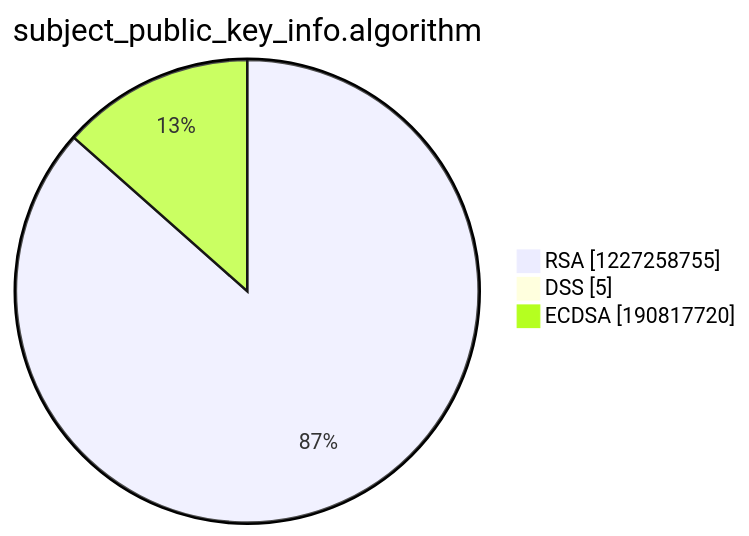
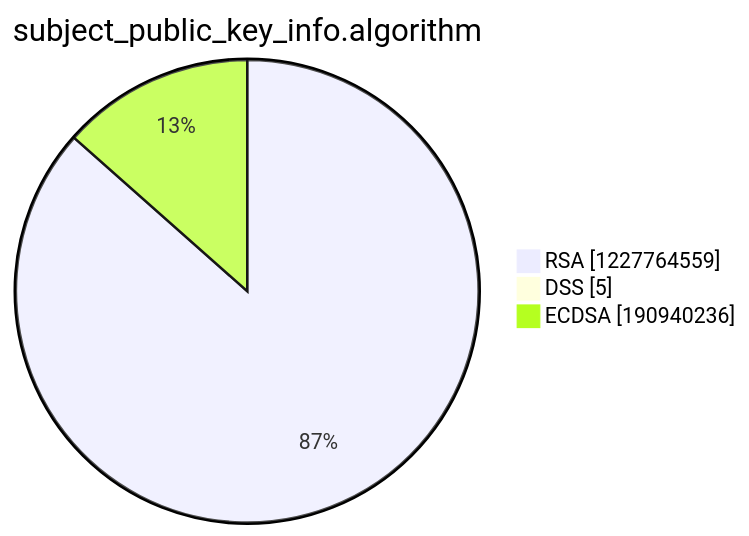
The third of 15 diagrams in argon2022/README.md (christiankrug/ctmonitor_visualization), drawn with Mermaid before and after one commit. The commit also changed other lines of this file, not shown here.

````diff
--- a/argon2022/README.md
+++ b/argon2022/README.md
@@ -14,7 +14,7 @@
 ```mermaid
 pie showData
 title subject_public_key_info.algorithm
-"RSA" :1227258755
+"RSA" :1227764559
 "DSS" :5
-"ECDSA" :190817720
+"ECDSA" :190940236
 ```
````
